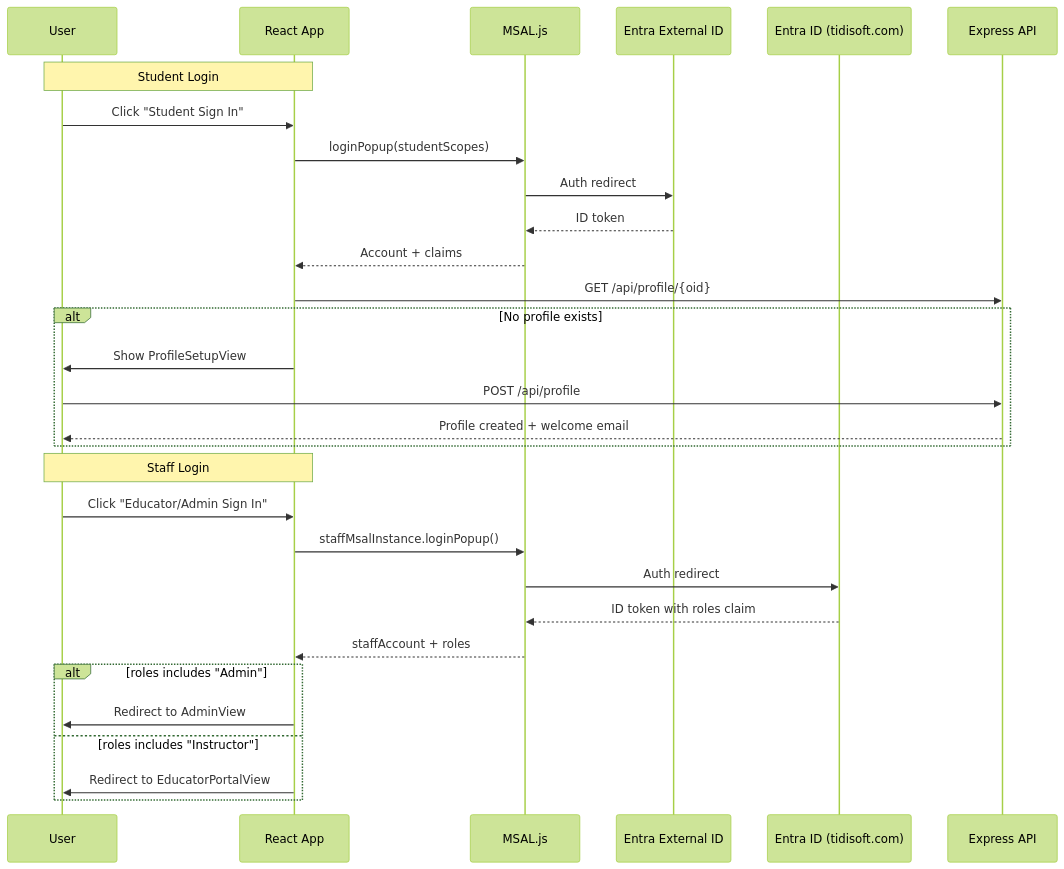
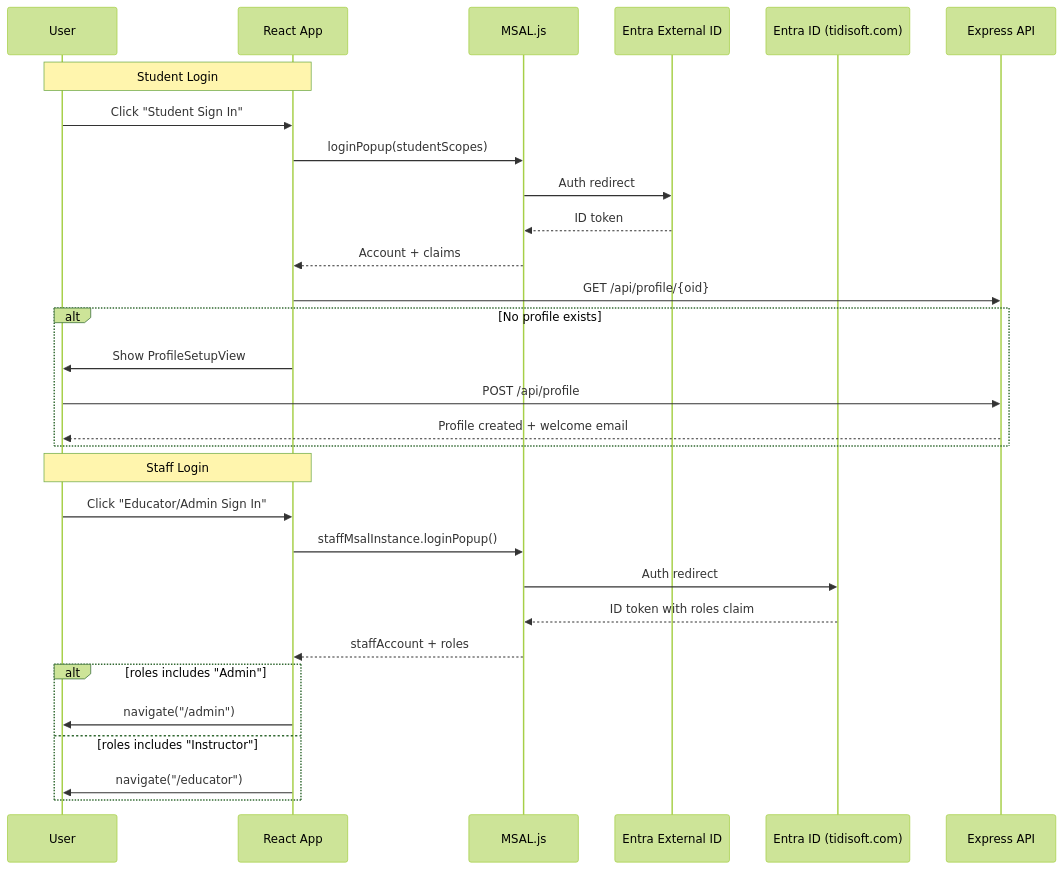
The third of 3 diagrams in docs/frontend.md (tilio3x/techbridge-institute), drawn with Mermaid (forest theme) before and after one commit. The commit also changed other lines of this file and 3 other files, not shown here.

First line of the commit message:
docs: update documentation for modular architecture

````diff
--- a/docs/frontend.md
+++ b/docs/frontend.md
@@ -89,34 +110,34 @@
 ```mermaid
 sequenceDiagram
     participant U as User
     participant App as React App
     participant MSAL as MSAL.js
     participant CIAM as Entra External ID
     participant Staff as Entra ID (tidisoft.com)
     participant API as Express API
 
     Note over U,App: Student Login
     U->>App: Click "Student Sign In"
     App->>MSAL: loginPopup(studentScopes)
     MSAL->>CIAM: Auth redirect
     CIAM-->>MSAL: ID token
     MSAL-->>App: Account + claims
     App->>API: GET /api/profile/{oid}
     alt No profile exists
         App->>U: Show ProfileSetupView
         U->>API: POST /api/profile
         API-->>U: Profile created + welcome email
     end
 
     Note over U,App: Staff Login
     U->>App: Click "Educator/Admin Sign In"
     App->>MSAL: staffMsalInstance.loginPopup()
     MSAL->>Staff: Auth redirect
     Staff-->>MSAL: ID token with roles claim
     MSAL-->>App: staffAccount + roles
     alt roles includes "Admin"
-        App->>U: Redirect to AdminView
+        App->>U: navigate("/admin")
     else roles includes "Instructor"
-        App->>U: Redirect to EducatorPortalView
+        App->>U: navigate("/educator")
     end
 ```
````
